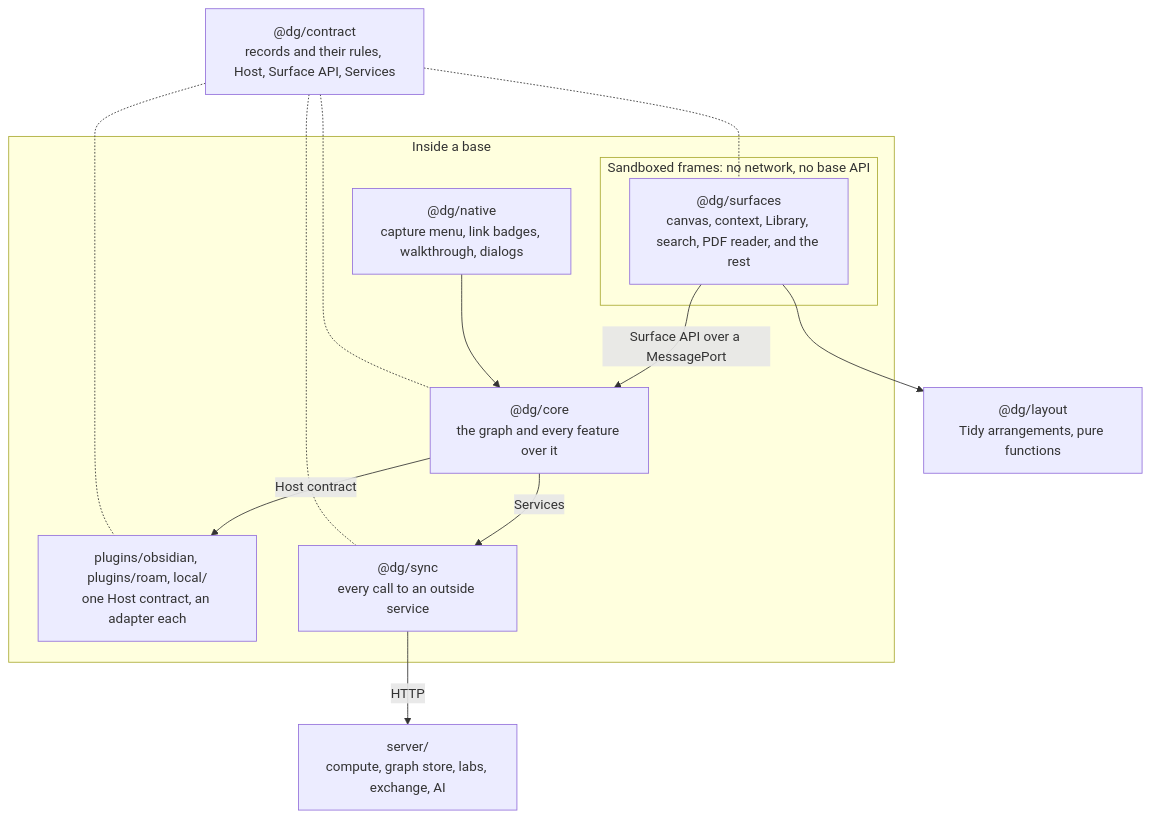
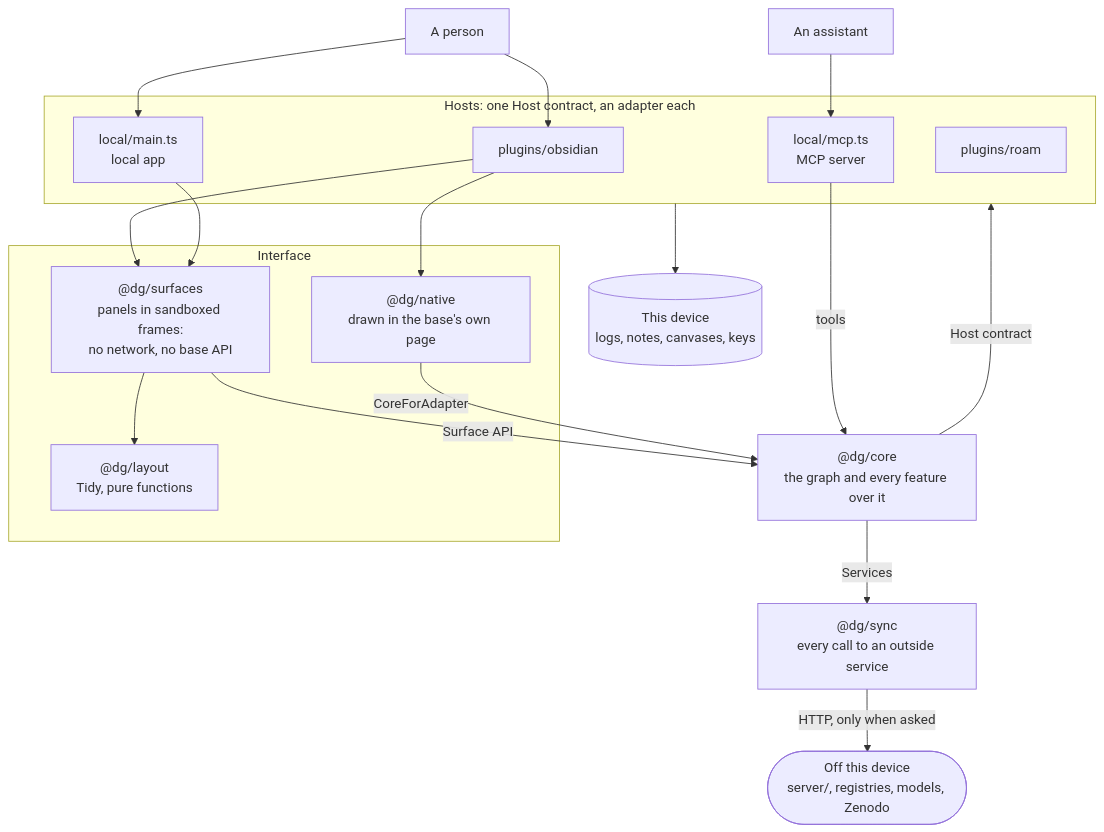
The first of 6 diagrams in docs/ARCHITECTURE.md (abstractary/discourse-graphs-plugins), drawn with Mermaid before and after one commit. The commit also changed other lines of this file and 1 other file, not shown here.

Commit message:
Architecture diagrams in finer detail: hosts, interface, core, outside calls, and one change end to end

````diff
--- a/docs/ARCHITECTURE.md
+++ b/docs/ARCHITECTURE.md
@@ -19,26 +19,36 @@
 ```mermaid
 flowchart TB
-  subgraph base["Inside a base"]
-    subgraph frames["Sandboxed frames: no network, no base API"]
-      surfaces["@dg/surfaces<br/>canvas, context, Library, search, PDF reader, and the rest"]
-    end
-    native["@dg/native<br/>capture menu, link badges, walkthrough, dialogs"]
-    core["@dg/core<br/>the graph and every feature over it"]
-    adapter["plugins/obsidian, plugins/roam, local/<br/>one Host contract, an adapter each"]
-    sync["@dg/sync<br/>every call to an outside service"]
+  person["A person"] --> obsidian
+  person --> localapp
+  agent["An assistant"] --> mcp
+
+  subgraph hosts["Hosts: one Host contract, an adapter each"]
+    obsidian["plugins/obsidian"]
+    localapp["local/main.ts<br/>local app"]
+    mcp["local/mcp.ts<br/>MCP server"]
+    roam["plugins/roam"]
   end
-  layout["@dg/layout<br/>Tidy arrangements, pure functions"]
-  contract["@dg/contract<br/>records and their rules, Host, Surface API, Services"]
-  server["server/<br/>compute, graph store, labs, exchange, AI"]
 
-  surfaces -- "Surface API over a MessagePort" --> core
+  subgraph ui["Interface"]
+    surfaces["@dg/surfaces<br/>panels in sandboxed frames:<br/>no network, no base API"]
+    native["@dg/native<br/>drawn in the base's own page"]
+    layout["@dg/layout<br/>Tidy, pure functions"]
+  end
+
+  core["@dg/core<br/>the graph and every feature over it"]
+  sync["@dg/sync<br/>every call to an outside service"]
+  disk[("This device<br/>logs, notes, canvases, keys")]
+  out(["Off this device<br/>server/, registries, models, Zenodo"])
+
+  obsidian --> surfaces
+  obsidian --> native
+  localapp --> surfaces
   surfaces --> layout
-  native --> core
-  core -- "Host contract" --> adapter
+  surfaces -- "Surface API" --> core
+  native -- "CoreForAdapter" --> core
+  mcp -- "tools" --> core
+  core -- "Host contract" --> hosts
+  hosts --> disk
   core -- "Services" --> sync
-  sync -- "HTTP" --> server
-  contract -.- core
-  contract -.- surfaces
-  contract -.- sync
-  contract -.- adapter
+  sync -- "HTTP, only when asked" --> out
 ```
````
